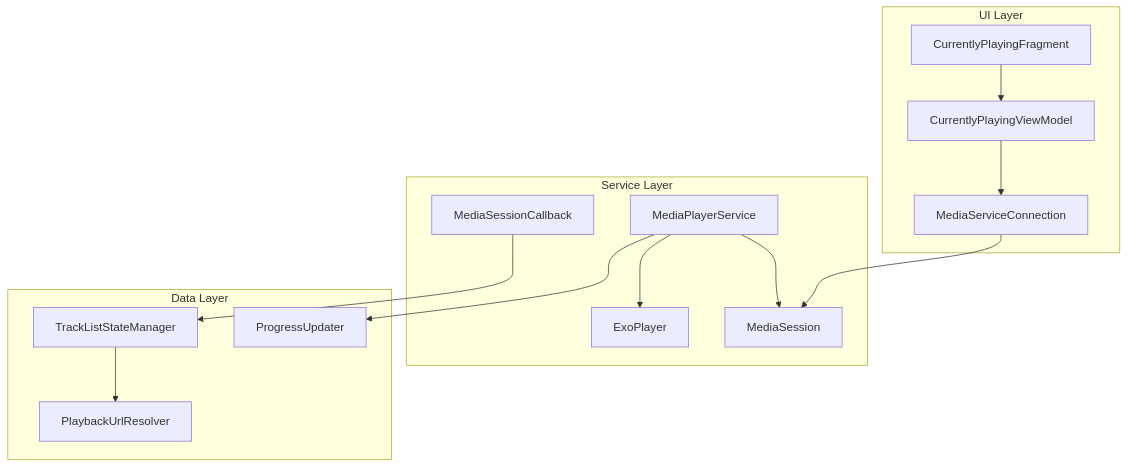
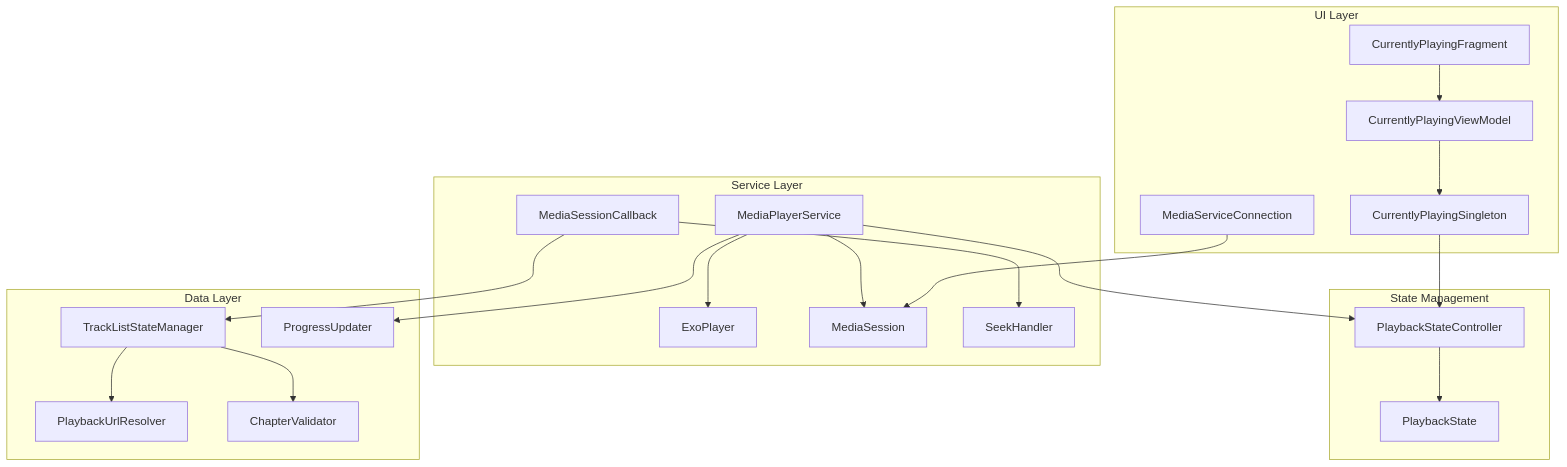
One commit to fabiogermann/chronicle changed the first of 5 diagrams in docs/features/playback.md. Above: the diagram before and after it, drawn with Mermaid. The commit also changed other lines of this file and 5 other files, not shown here.

````diff
--- a/docs/features/playback.md
+++ b/docs/features/playback.md
@@ -7,30 +7,43 @@
 ```mermaid
 graph TB
     subgraph UI Layer
         CPF[CurrentlyPlayingFragment]
         CPV[CurrentlyPlayingViewModel]
         MSC[MediaServiceConnection]
+        CPS[CurrentlyPlayingSingleton]
+    end
+    
+    subgraph State Management
+        PSC[PlaybackStateController]
+        PS[PlaybackState]
     end
     
     subgraph Service Layer
         MPS[MediaPlayerService]
         MSCallback[MediaSessionCallback]
         ExoPlayer
         MediaSession
+        SH[SeekHandler]
     end
     
     subgraph Data Layer
         TLM[TrackListStateManager]
         PUR[PlaybackUrlResolver]
         ProgressUpdater
+        CV[ChapterValidator]
     end
     
     CPF --> CPV
-    CPV --> MSC
+    CPV --> CPS
+    CPS --> PSC
     MSC --> MediaSession
     MPS --> ExoPlayer
     MPS --> MediaSession
+    MPS --> PSC
     MSCallback --> TLM
+    MSCallback --> SH
     TLM --> PUR
+    TLM --> CV
     MPS --> ProgressUpdater
+    PSC --> PS
 ```
````
